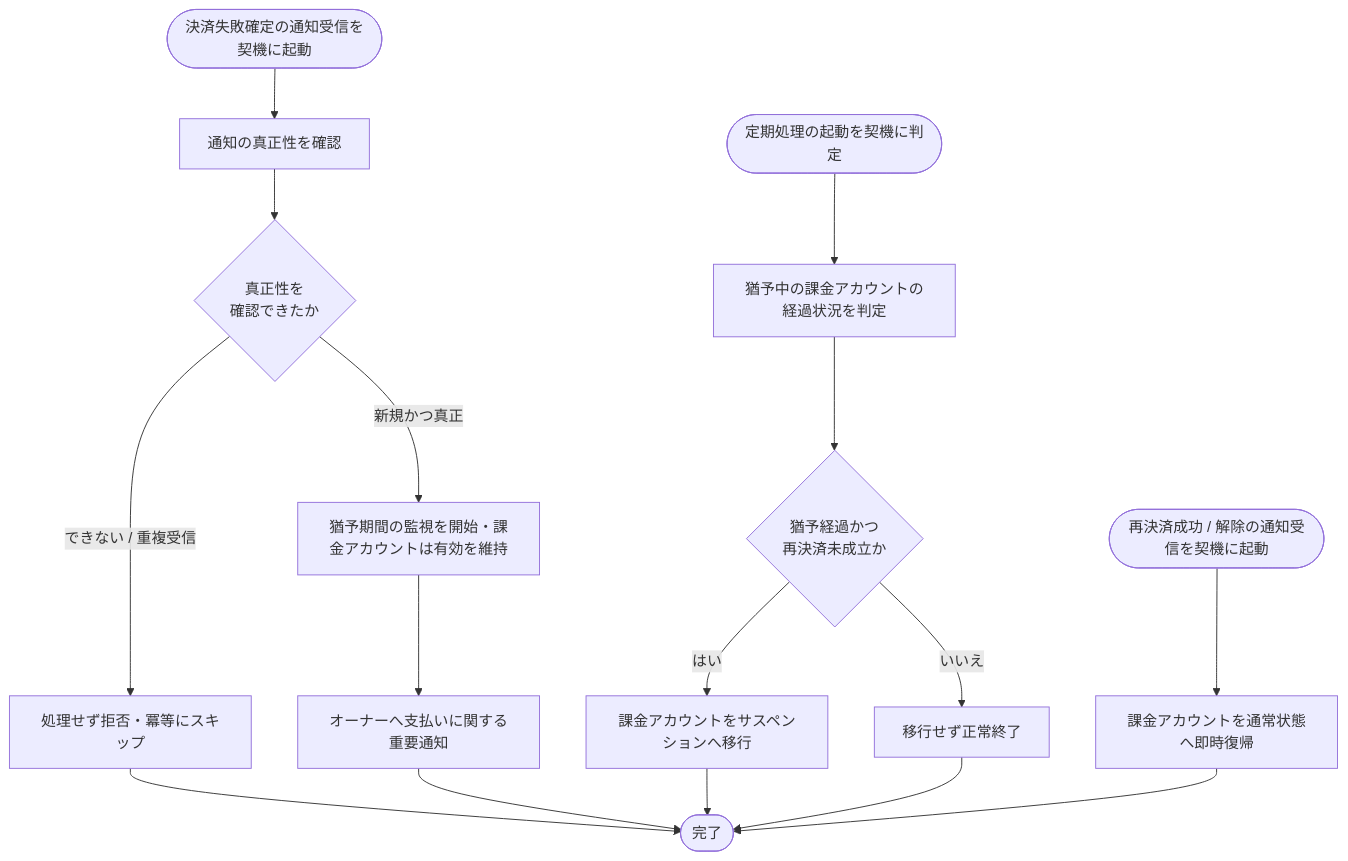
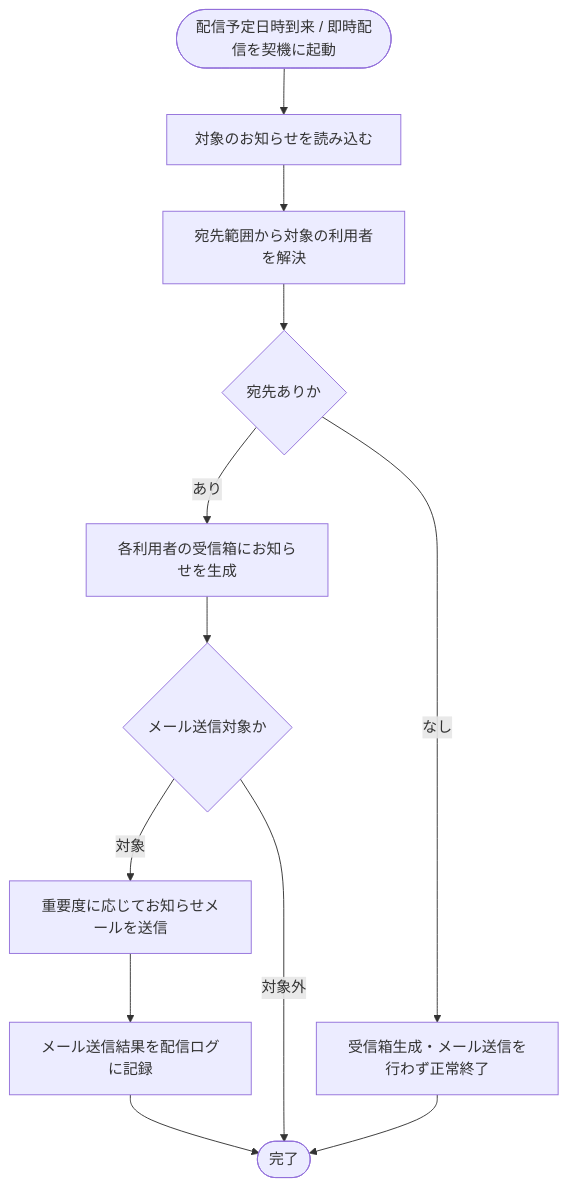
Before and after one commit to sikakou54/open-faq: the diagram in 02_basic_design/02_backend/01_system/SYS-022.md, drawn with Mermaid. The commit also changed other lines of this file and 395 other files, not shown here.

````diff
--- a/02_basic_design/02_backend/01_system/SYS-022.md
+++ b/02_basic_design/02_backend/01_system/SYS-022.md
@@ -27,18 +26,14 @@
 ```mermaid
 flowchart TB
-  S([決済失敗確定の通知受信を契機に起動]) --> A[通知の真正性を確認]
-  A --> B{真正性を<br/>確認できたか}
-  B -- できない / 重複受信 --> X[処理せず拒否・冪等にスキップ]
-  X --> Z([完了])
-  B -- 新規かつ真正 --> C[猶予期間の監視を開始・課金アカウントは有効を維持]
-  C --> D[オーナーへ支払いに関する重要通知]
-  D --> Z
-  SC([定期処理の起動を契機に判定]) --> E[猶予中の課金アカウントの経過状況を判定]
-  E --> F{猶予経過かつ<br/>再決済未成立か}
-  F -- はい --> G[課金アカウントをサスペンションへ移行]
-  F -- いいえ --> H[移行せず正常終了]
-  G --> Z
-  H --> Z
-  RC([再決済成功 / 解除の通知受信を契機に起動]) --> I[課金アカウントを通常状態へ即時復帰]
-  I --> Z
+  S([配信予定日時到来 / 即時配信を契機に起動]) --> A[対象のお知らせを読み込む]
+  A --> B[宛先範囲から対象の利用者を解決]
+  B --> C{宛先ありか}
+  C -- あり --> D[各利用者の受信箱にお知らせを生成]
+  D --> E{メール送信対象か}
+  E -- 対象 --> F[重要度に応じてお知らせメールを送信]
+  F --> G[メール送信結果を配信ログに記録]
+  G --> H([完了])
+  E -- 対象外 --> H
+  C -- なし --> I[受信箱生成・メール送信を行わず正常終了]
+  I --> H
 ```
````
